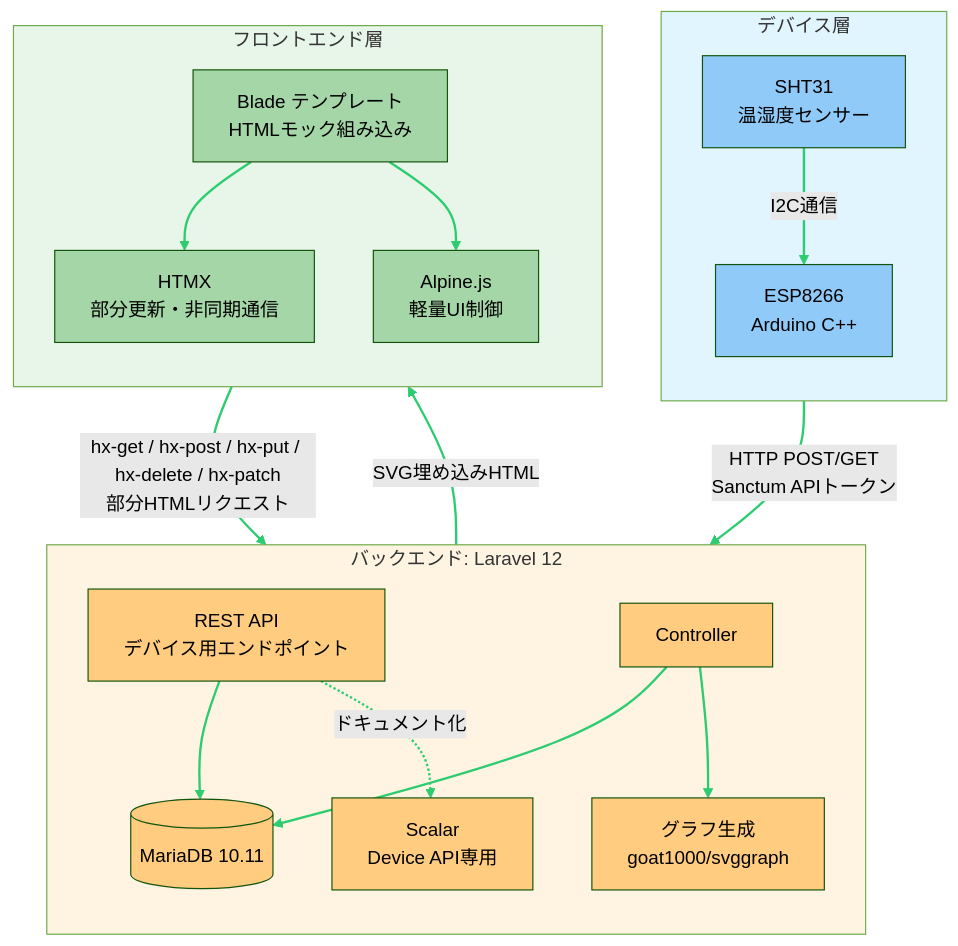
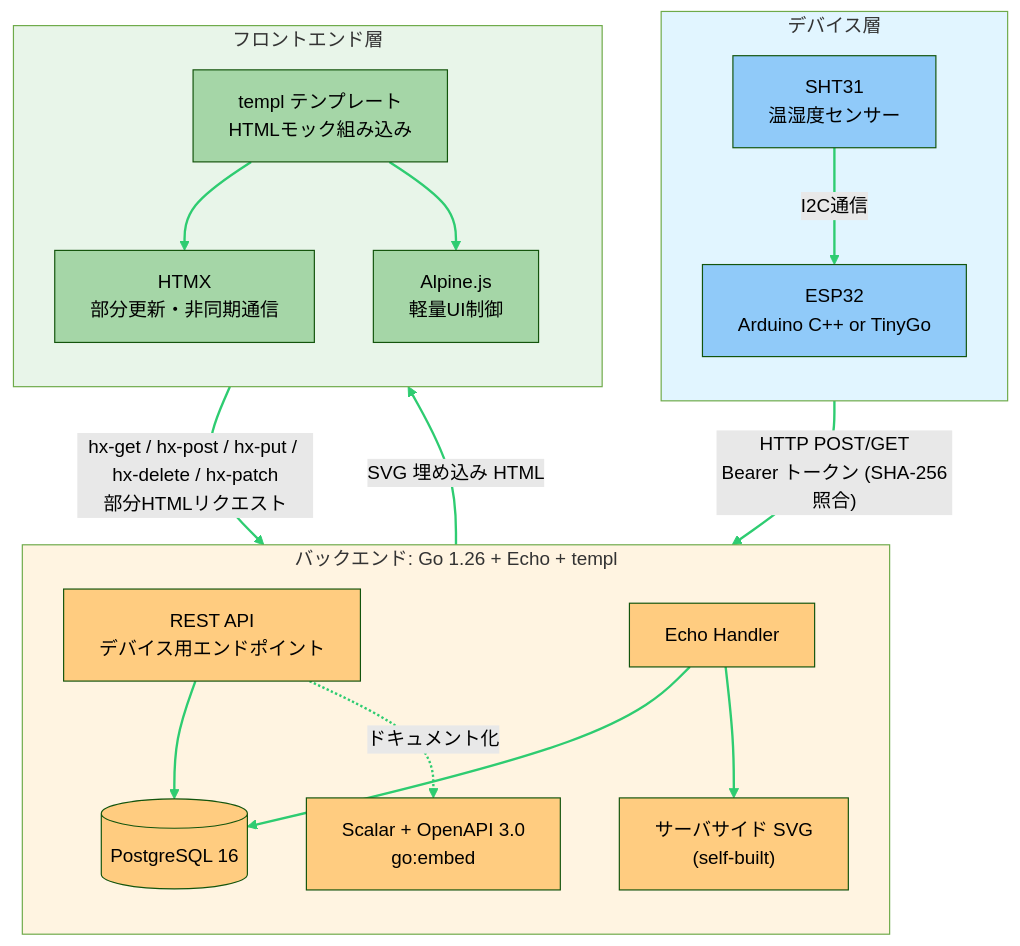
Before and after one commit to HiroshiKawano/go_iot: the diagram in 2cc_sdd/システム構成図.md, drawn with Mermaid (forest theme). The commit also changed other lines of this file and 17 other files, not shown here.

First line of the commit message:
docs: Laravel 前提の設計書を Go+Echo+templ スタックへ全面書き換え

````diff
--- a/2cc_sdd/システム構成図.md
+++ b/2cc_sdd/システム構成図.md
@@ -35,51 +35,51 @@
 ```mermaid
 graph TB
     subgraph Device["デバイス層"]
         direction TB
         SHT["SHT31<br/>温湿度センサー"]
-        ESP["ESP8266<br/>Arduino C++"]
+        ESP["ESP32<br/>Arduino C++ or TinyGo"]
         SHT -->|I2C通信| ESP
     end
 
-    subgraph Backend["バックエンド: Laravel 12"]
+    subgraph Backend["バックエンド: Go 1.26 + Echo + templ"]
         direction TB
         API["REST API<br/>デバイス用エンドポイント"]
-        CTRL["Controller"]
-        SCALAR["Scalar<br/>Device API専用"]
-        CHART["グラフ生成<br/>goat1000/svggraph"]
-        DB[(MariaDB 10.11)]
+        HDLR["Echo Handler"]
+        SCALAR["Scalar + OpenAPI 3.0<br/>go:embed"]
+        CHART["サーバサイド SVG<br/>(self-built)"]
+        DB[(PostgreSQL 16)]
         API --> DB
-        CTRL --> DB
-        CTRL --> CHART
+        HDLR --> DB
+        HDLR --> CHART
         API -.ドキュメント化.-> SCALAR
     end
 
     subgraph Frontend["フロントエンド層"]
         direction TB
-        BLADE["Blade テンプレート<br/>HTMLモック組み込み"]
+        TEMPL["templ テンプレート<br/>HTMLモック組み込み"]
         HTMX["HTMX<br/>部分更新・非同期通信"]
         ALPINE["Alpine.js<br/>軽量UI制御"]
-        BLADE --> HTMX
-        BLADE --> ALPINE
+        TEMPL --> HTMX
+        TEMPL --> ALPINE
     end
 
-    ESP   -->|"HTTP POST/GET<br/>Sanctum APIトークン"| API
-    CHART -->|"SVG埋め込みHTML"| BLADE
-    HTMX  -->|"hx-get / hx-post / hx-put / hx-delete / hx-patch<br/>部分HTMLリクエスト"| CTRL
+    ESP   -->|"HTTP POST/GET<br/>Bearer トークン (SHA-256照合)"| API
+    CHART -->|"SVG 埋め込み HTML"| TEMPL
+    HTMX  -->|"hx-get / hx-post / hx-put / hx-delete / hx-patch<br/>部分HTMLリクエスト"| HDLR
 
     style Device fill:#e1f5ff
     style Backend fill:#fff4e1
     style Frontend fill:#e8f5e9
     style ESP fill:#90caf9
     style SHT fill:#90caf9
     style API fill:#ffcc80
-    style CTRL fill:#ffcc80
+    style HDLR fill:#ffcc80
     style DB fill:#ffcc80
     style CHART fill:#ffcc80
     style SCALAR fill:#ffcc80
-    style BLADE fill:#a5d6a7
+    style TEMPL fill:#a5d6a7
     style HTMX fill:#a5d6a7
     style ALPINE fill:#a5d6a7
 
     linkStyle 0,1,2,3,4,5,6,7,8,9 stroke:#2ecc71,stroke-width:2px
 ```
````
